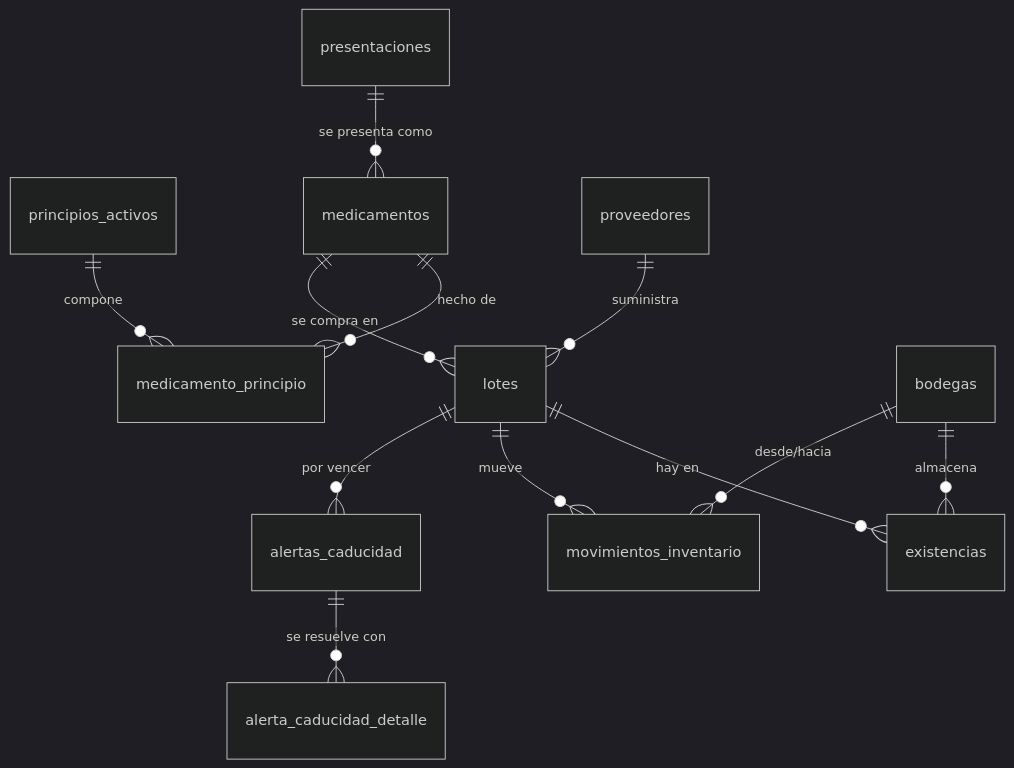
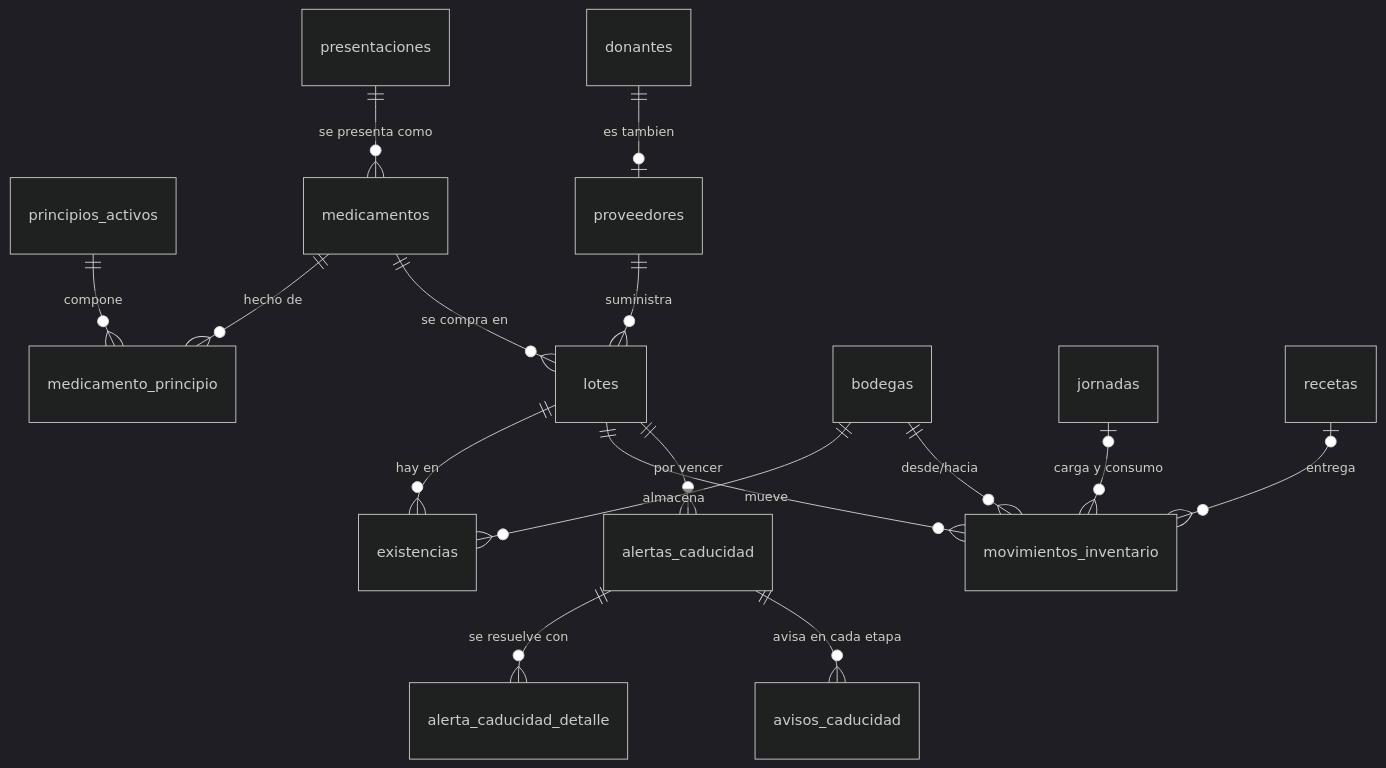
The fifth of 6 diagrams in docs/MODELO-DE-DATOS.md (URL-ECOPAC/Ecopac-Digital), drawn with Mermaid (dark theme) before and after one commit. The commit also changed other lines of this file, not shown here.

````diff
--- a/docs/MODELO-DE-DATOS.md
+++ b/docs/MODELO-DE-DATOS.md
@@ -489,14 +589,18 @@
 ```mermaid
 erDiagram
     principios_activos ||--o{ medicamento_principio : compone
     medicamentos ||--o{ medicamento_principio : "hecho de"
     medicamentos ||--o{ lotes : "se compra en"
     proveedores ||--o{ lotes : suministra
     lotes ||--o{ existencias : "hay en"
     bodegas ||--o{ existencias : almacena
     lotes ||--o{ movimientos_inventario : mueve
     bodegas ||--o{ movimientos_inventario : "desde/hacia"
     lotes ||--o{ alertas_caducidad : "por vencer"
     alertas_caducidad ||--o{ alerta_caducidad_detalle : "se resuelve con"
+    alertas_caducidad ||--o{ avisos_caducidad : "avisa en cada etapa"
     presentaciones ||--o{ medicamentos : "se presenta como"
+    donantes ||--o| proveedores : "es tambien"
+    jornadas |o--o{ movimientos_inventario : "carga y consumo"
+    recetas |o--o{ movimientos_inventario : "entrega"
 ```
````
